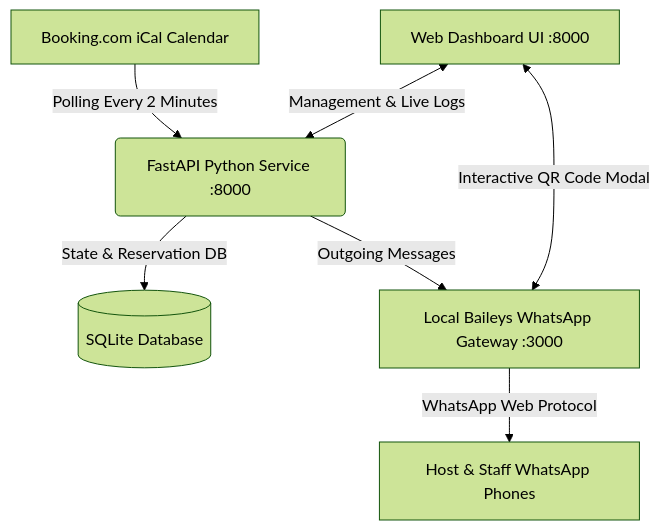
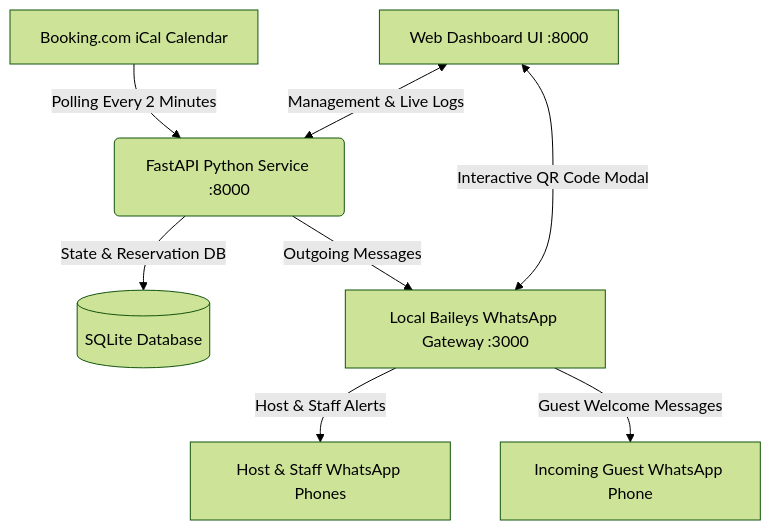
Before and after one commit to MrCoolice/booking-whatsapp-bot: the first of 2 diagrams in README.md, drawn with Mermaid (forest theme). The commit also changed other lines of this file, not shown here.

Commit message:
Docs: Update README with accurate Baileys gateway, guest welcome automation, and zero-fee architecture

````diff
--- a/README.md
+++ b/README.md
@@ -34,9 +36,10 @@
 ```mermaid
 graph TD
     A[Booking.com iCal Calendar] -->|Polling Every 2 Minutes| B(FastAPI Python Service :8000)
     B -->|State & Reservation DB| C[(SQLite Database)]
     B -->|Outgoing Messages| D[Local Baileys WhatsApp Gateway :3000]
-    D -->|WhatsApp Web Protocol| E[Host & Staff WhatsApp Phones]
+    D -->|Host & Staff Alerts| E[Host & Staff WhatsApp Phones]
+    D -->|Guest Welcome Messages| F[Incoming Guest WhatsApp Phone]
     G[Web Dashboard UI :8000] <-->|Interactive QR Code Modal| D
     G <-->|Management & Live Logs| B
 ```
````
